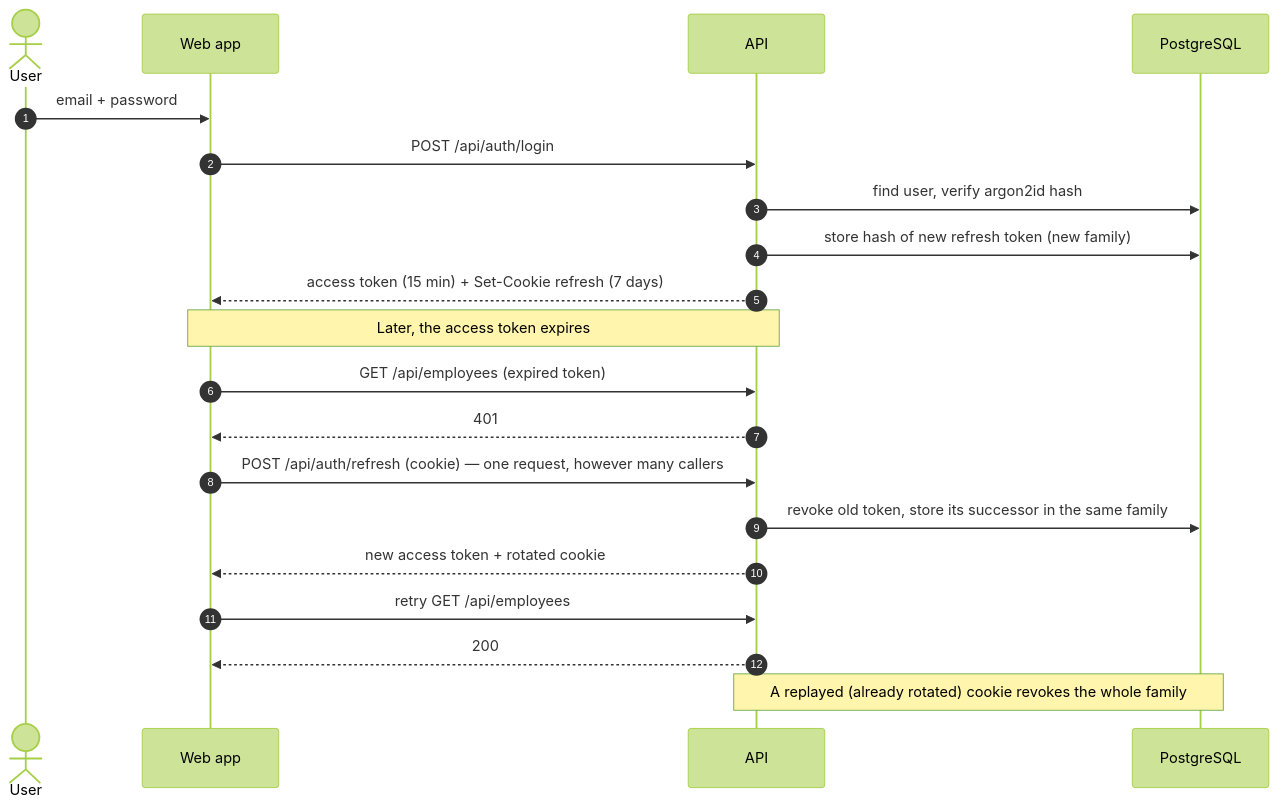
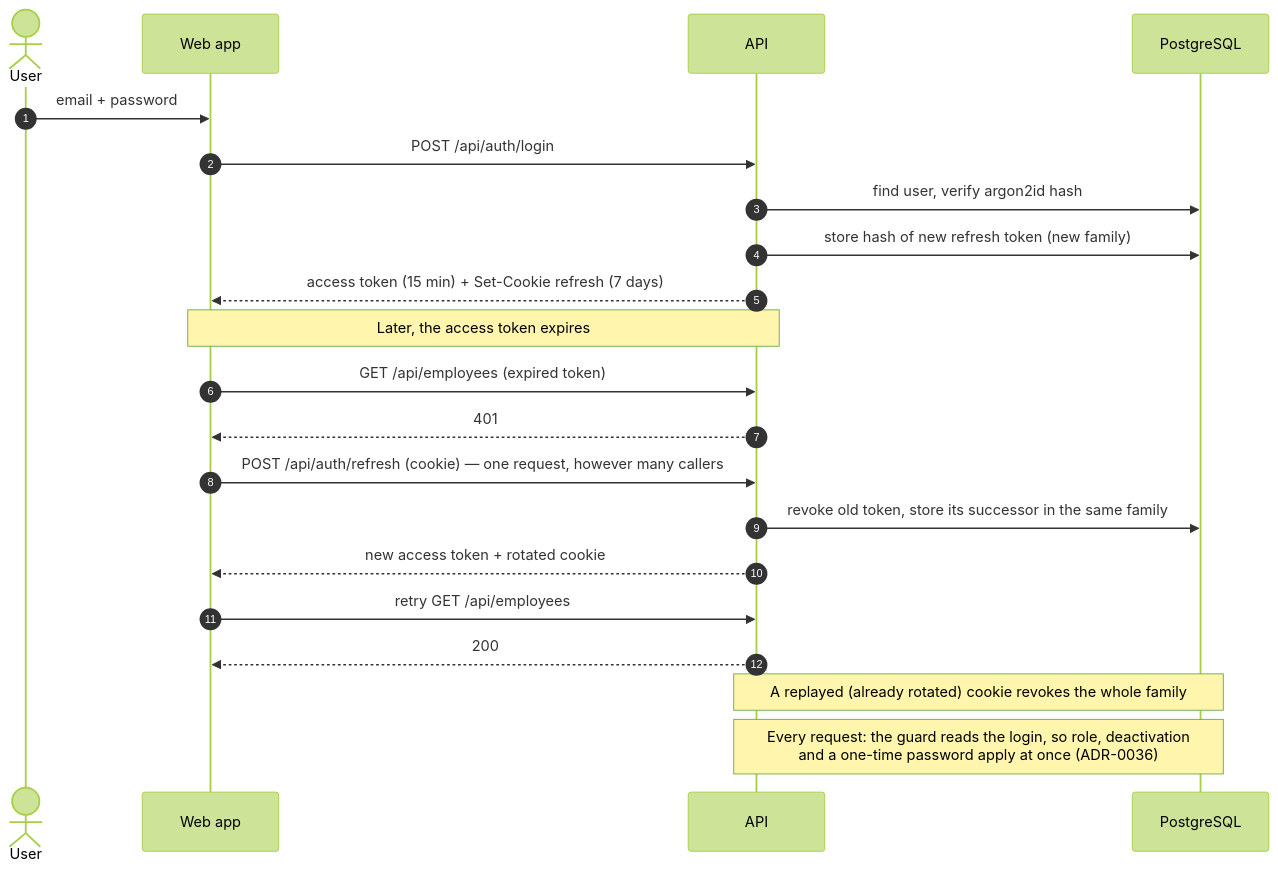
The fifth of 11 diagrams in docs/diagrams.md (Wave2055/EPIUSE-Technical-Assessment), drawn with Mermaid (forest theme) before and after one commit. The commit also changed other lines of this file and 5 other files, not shown here.

Commit message:
Document accounts: user guide, requirements, stories, technical document and diagrams

````diff
--- a/docs/diagrams.md
+++ b/docs/diagrams.md
@@ -168,25 +181,26 @@
 ```mermaid
 sequenceDiagram
   autonumber
   actor U as User
   participant W as Web app
   participant A as API
   participant D as PostgreSQL
 
   U->>W: email + password
   W->>A: POST /api/auth/login
   A->>D: find user, verify argon2id hash
   A->>D: store hash of new refresh token (new family)
   A-->>W: access token (15 min) + Set-Cookie refresh (7 days)
 
   Note over W,A: Later, the access token expires
   W->>A: GET /api/employees (expired token)
   A-->>W: 401
   W->>A: POST /api/auth/refresh (cookie) — one request, however many callers
   A->>D: revoke old token, store its successor in the same family
   A-->>W: new access token + rotated cookie
   W->>A: retry GET /api/employees
   A-->>W: 200
 
   Note over A,D: A replayed (already rotated) cookie revokes the whole family
+  Note over A,D: Every request: the guard reads the login, so role, deactivation<br/>and a one-time password apply at once (ADR-0036)
 ```
````
